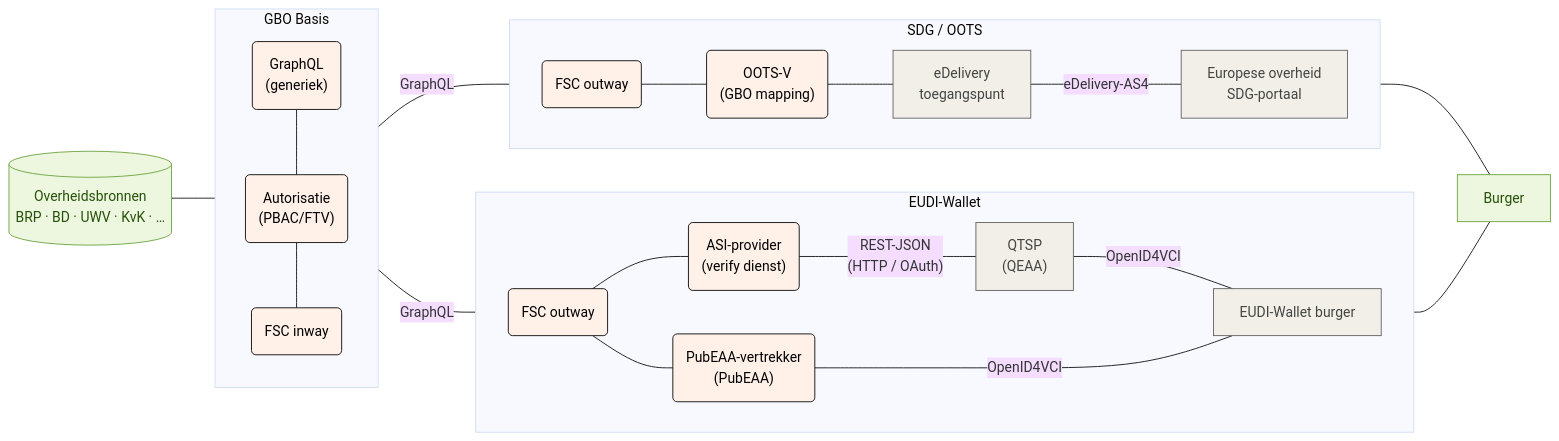
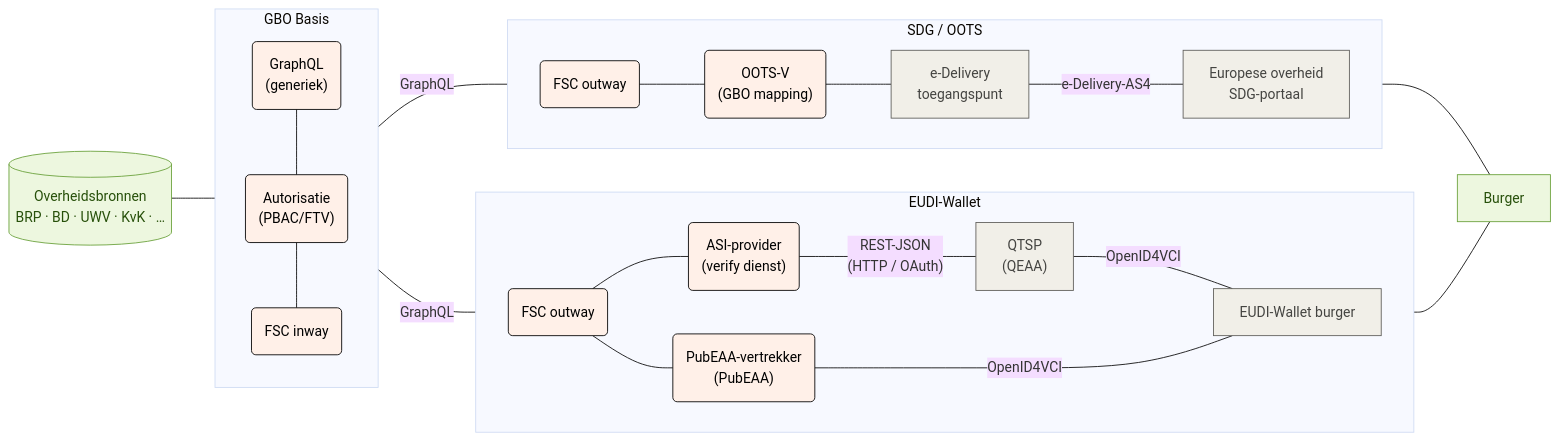
Before and after one commit to ICTU/GBO-PSA: the diagram in docs/diagrammen/gbo_swimlanes_2.mmd, drawn with Mermaid (base theme). The commit also changed 16 other files, not shown here.

```diff
--- a/docs/diagrammen/gbo_swimlanes_2.mmd
+++ b/docs/diagrammen/gbo_swimlanes_2.mmd
@@ -1,79 +1,79 @@
 flowchart LR
   subgraph gbo["GBO Basis"]
     direction TB
         gbo_pbac("Autorisatie<br/>(PBAC/FTV)")
         gbo_api("GraphQL<br/>(generiek)")
         gbo_fsc_in("FSC inway")
   end
   subgraph eudi["EUDI-Wallet"]
     direction LR
       eudi_fsc_out("FSC outway")
       eudi_asi("ASI-provider<br/>(verify dienst)")
       eudi_pubeaa("PubEAA-vertrekker<br/>(PubEAA)")
       eudi_qeaa["QTSP<br/>(QEAA)"]
       eudi_wallet["EUDI-Wallet burger"]
   end
   subgraph oots["SDG / OOTS"]
     direction LR
       oots_fsc_out("FSC outway")
       oots_adapter("OOTS-V<br/>(GBO mapping)")
-      oots_basis["eDelivery<br/>toegangspunt"]
+      oots_basis["e-Delivery<br/>toegangspunt"]
       oots_afnemer["Europese overheid<br/>SDG-portaal"]
   end
 
 %%  subgraph dvtp["DvTP"]
 %%    direction LR
 %%      dvtp_fsc_out("FSC outway")
 %%      dvtp_toestemming("Toestemmingsvoorziening")
 %%      dvtp_pseudoniem["Pseudonimiseervoorziening<br/>(BSNk PP)"]
 %%      dvtp_afnemer["Private dienstverlener"]
 %%  end
 
   bron[("Overheidsbronnen<br/>BRP · BD · UWV · KvK · …")] --- gbo_api --- gbo_pbac --- gbo_fsc_in
   gbo_fsc_in -- GraphQL --- eudi_fsc_out & oots_fsc_out
 %%  gbo_fsc_in -- GraphQL --- dvtp_fsc_out
   eudi_fsc_out --- eudi_asi -- REST-JSON<br/>(HTTP / OAuth) --- eudi_qeaa -- OpenID4VCI --- eudi_wallet
   eudi_fsc_out --- eudi_pubeaa -- OpenID4VCI ---- eudi_wallet
-  oots_fsc_out --- oots_adapter --- oots_basis -- eDelivery-AS4 --- oots_afnemer
+  oots_fsc_out --- oots_adapter --- oots_basis -- e-Delivery-AS4 --- oots_afnemer
 
 %%  gbo_pbac -- REST-JSON<br/>(PIP) --- dvtp_toestemming
 %%  dvtp_toestemming -- REST-JSON --- dvtp_afnemer
 %%  dvtp_toestemming -- REST-JSON --- dvtp_pseudoniem
 %%  dvtp_fsc_out --GraphQL--- dvtp_afnemer
 %%  dvtp_fsc_out ~~~ dvtp_pseudoniem
 %%  dvtp_fsc_out ~~~ oots_adapter
 %%  dvtp_fsc_out ~~~ dvtp_toestemming
 %%  oots_basis ~~~ dvtp_afnemer
 
   eudi_wallet --- burger["Burger"]
   oots_afnemer --- burger
 %%  dvtp_afnemer --- burger
 
   gbo_fsc_in:::gbo
   gbo_api:::gbo
   gbo_pbac:::gbo
   eudi_fsc_out:::gbo
   eudi_asi:::gbo
   eudi_pubeaa:::gbo
   eudi_qeaa:::eudi
   eudi_wallet:::eudi
   oots_fsc_out:::gbo
   oots_adapter:::gbo
   oots_basis:::oots
   oots_afnemer:::oots
 
 %%  dvtp_fsc_out:::gbo
 %%  dvtp_toestemming:::gbo
 %%  dvtp_pseudoniem:::dvtp
 %%  dvtp_afnemer:::dvtp
 
   bron:::bron
   burger:::burger
 
   classDef bron fill:#edf7df,stroke:#6aa13a,color:#27500a
   classDef generiek fill:#f1efe8,stroke:#5f5e5a,color:#444441
   classDef eudi fill:#f1efe8,stroke:#5f5e5a,color:#444441
   classDef oots fill:#f1efe8,stroke:#5f5e5a,color:#444441
   classDef dvtp fill:#f1efe8,stroke:#5f5e5a,color:#444441
   classDef gbo fill:#fff0e8,stroke:#000000,color:#000000
   classDef burger fill:#edf7df,stroke:#6aa13a,color:#27500a
```
